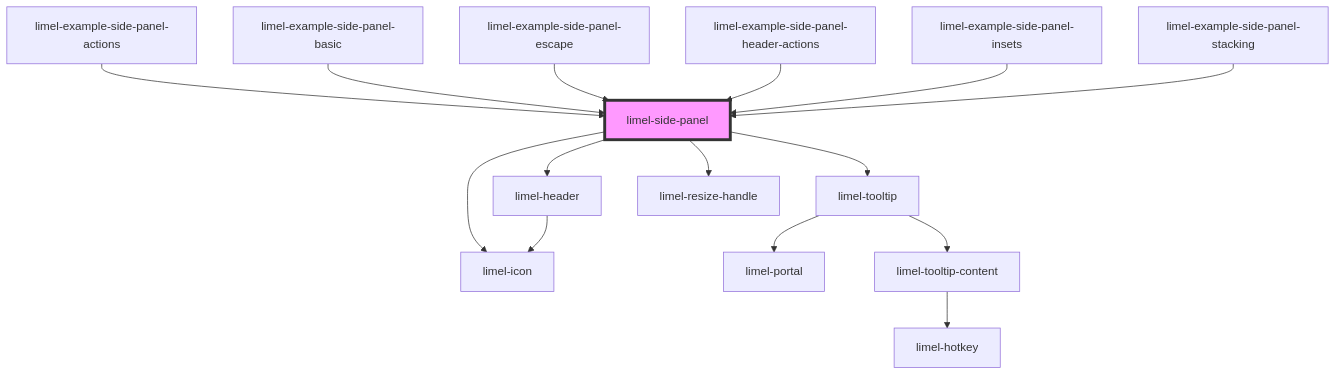
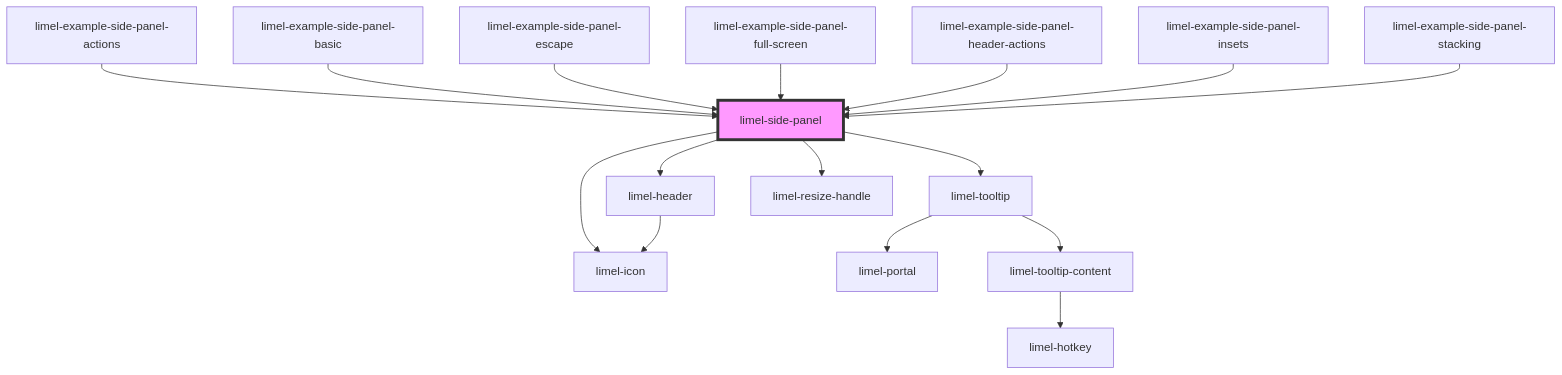
The diagram in versions/PR-4372/markdown-docs/components/side-panel/readme.md (Lundalogik/lime-elements), drawn with Mermaid before and after one commit. The commit also changed other lines of this file and 594 other files, not shown here.

````diff
--- a/versions/PR-4372/markdown-docs/components/side-panel/readme.md
+++ b/versions/PR-4372/markdown-docs/components/side-panel/readme.md
@@ -158,18 +159,19 @@
 ```mermaid
 graph TD;
   limel-side-panel --> limel-icon
   limel-side-panel --> limel-tooltip
   limel-side-panel --> limel-header
   limel-side-panel --> limel-resize-handle
   limel-tooltip --> limel-portal
   limel-tooltip --> limel-tooltip-content
   limel-tooltip-content --> limel-hotkey
   limel-header --> limel-icon
   limel-example-side-panel-actions --> limel-side-panel
   limel-example-side-panel-basic --> limel-side-panel
   limel-example-side-panel-escape --> limel-side-panel
+  limel-example-side-panel-full-screen --> limel-side-panel
   limel-example-side-panel-header-actions --> limel-side-panel
   limel-example-side-panel-insets --> limel-side-panel
   limel-example-side-panel-stacking --> limel-side-panel
   style limel-side-panel fill:#f9f,stroke:#333,stroke-width:4px
 ```
````
